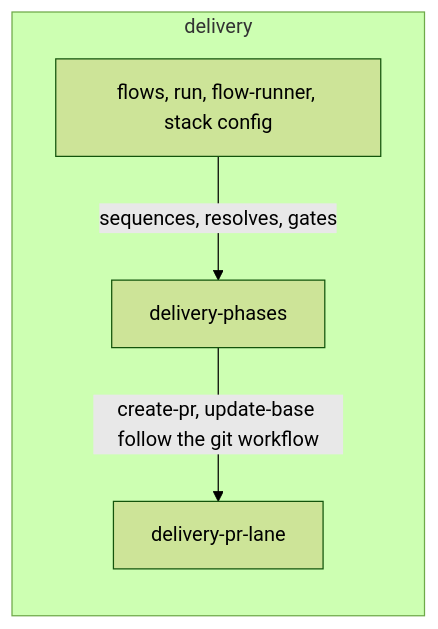
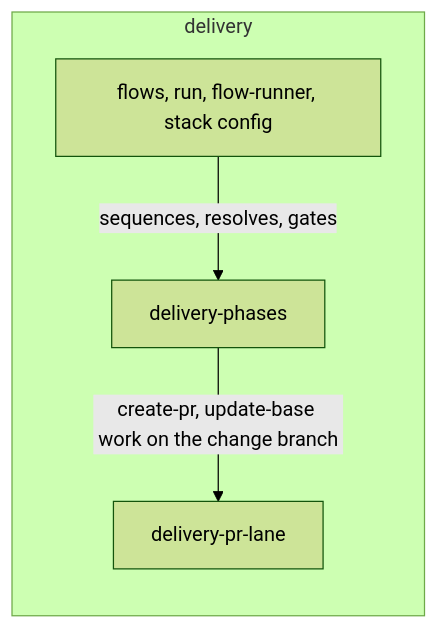
Before and after one commit to JSdotNet/devbook: the first of 8 diagrams in .devbook/arc42/building-blocks/delivery.md, drawn with Mermaid (forest theme). The commit also changed 23 other files, not shown here.

````diff
--- a/.devbook/arc42/building-blocks/delivery.md
+++ b/.devbook/arc42/building-blocks/delivery.md
@@ -19,10 +19,10 @@
 ```mermaid
 flowchart LR
   subgraph delivery
     F["flows, run, flow-runner, stack config"]
     P["delivery-phases"]
     L["delivery-pr-lane"]
   end
   F -->|"sequences, resolves, gates"| P
-  P -->|"create-pr, update-base follow the git workflow"| L
+  P -->|"create-pr, update-base work on the change branch"| L
 ```
````
